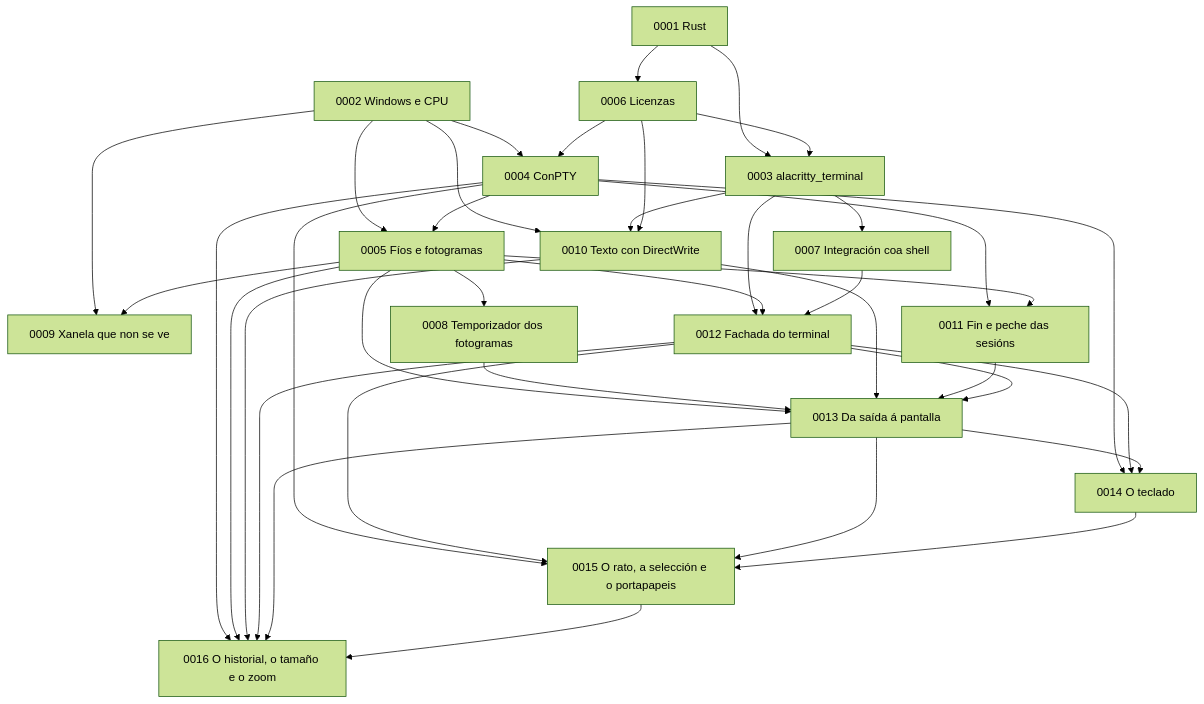
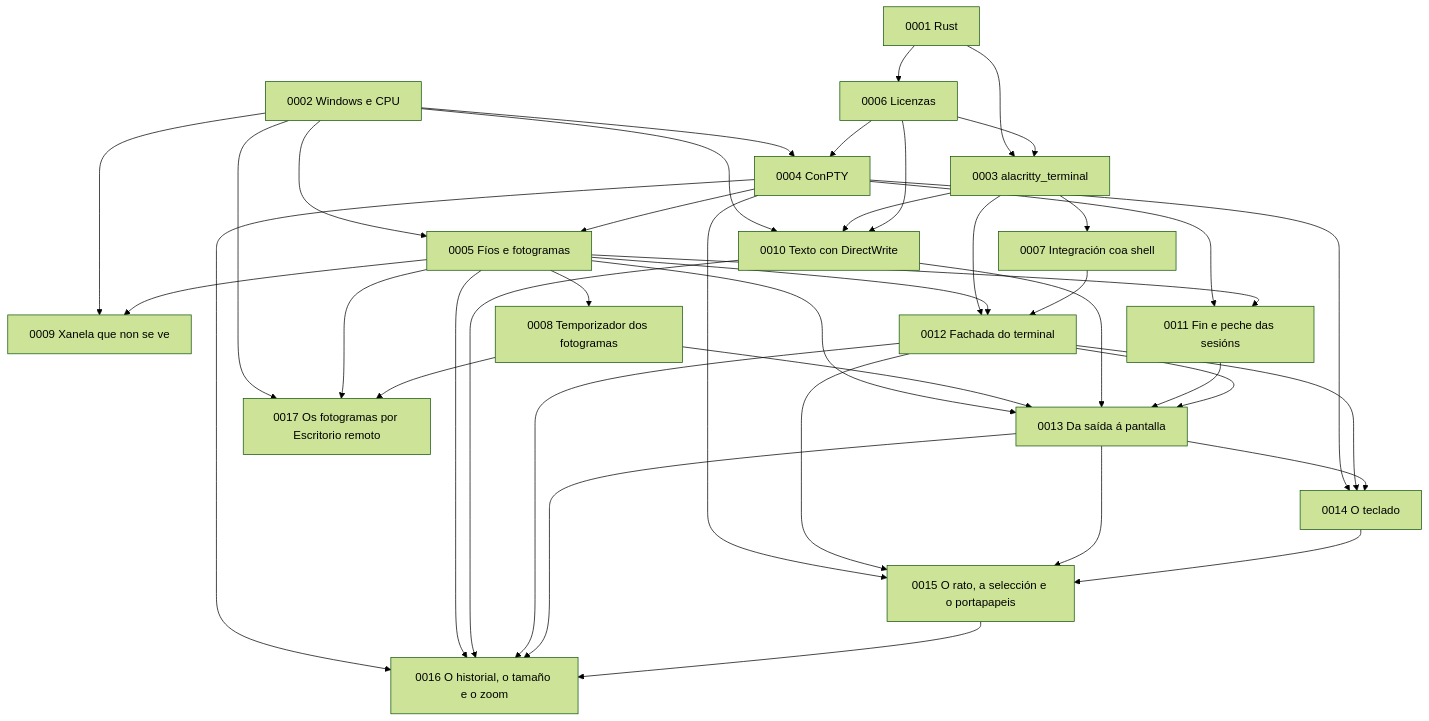
Before and after one commit to NewHouses/meiga: the diagram in docs/adr/README.md, drawn with Mermaid (forest theme). The commit also changed other lines of this file and 13 other files, not shown here.

````diff
--- a/docs/adr/README.md
+++ b/docs/adr/README.md
@@ -37,40 +38,43 @@
 ```mermaid
 graph TD
     A1["0001 Rust"] --> A3["0003 alacritty_terminal"]
     A1 --> A6["0006 Licenzas"]
     A2["0002 Windows e CPU"] --> A4["0004 ConPTY"]
     A2 --> A5["0005 Fíos e fotogramas"]
     A2 --> A9["0009 Xanela que non se ve"]
     A2 --> A10["0010 Texto con DirectWrite"]
     A3 --> A7["0007 Integración coa shell"]
     A3 --> A10
     A3 --> A12["0012 Fachada do terminal"]
     A4 --> A5
     A4 --> A11["0011 Fin e peche das sesións"]
     A5 --> A8["0008 Temporizador dos fotogramas"]
     A5 --> A9
     A5 --> A11
     A5 --> A12
     A6 --> A3
     A6 --> A4
     A6 --> A10
     A7 --> A12
     A5 --> A13["0013 Da saída á pantalla"]
     A8 --> A13
     A10 --> A13
     A11 --> A13
     A12 --> A13
     A4 --> A14["0014 O teclado"]
     A12 --> A14
     A13 --> A14
     A4 --> A15["0015 O rato, a selección e o portapapeis"]
     A12 --> A15
     A13 --> A15
     A14 --> A15
     A4 --> A16["0016 O historial, o tamaño e o zoom"]
     A5 --> A16
     A10 --> A16
     A12 --> A16
     A13 --> A16
     A15 --> A16
+    A2 --> A17["0017 Os fotogramas por Escritorio remoto"]
+    A5 --> A17
+    A8 --> A17
 ```
````
